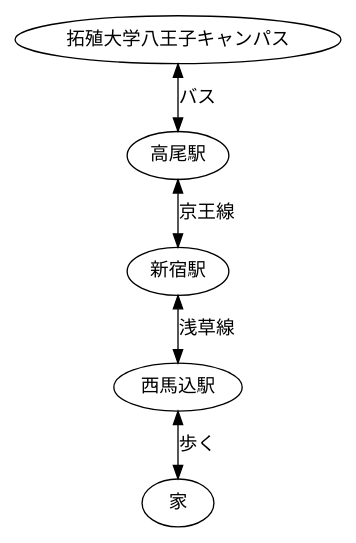
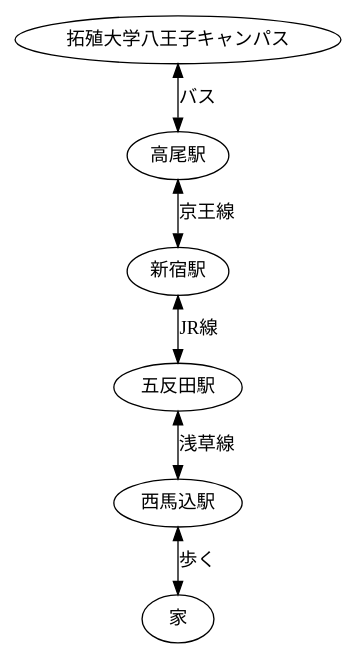
Before and after one commit to DCS-1-301-02-2025/cl-group-b03: the diagram in route01.md, drawn with Graphviz.

Commit message:
Kaung Myat Kyawの通学経路

````diff
--- a/route01.md
+++ b/route01.md
@@ -5,10 +5,11 @@
 ```graphviz
 digraph {
     edge [dir=both]
     拓殖大学八王子キャンパス -> 高尾駅 [label=バス]
     高尾駅 -> 新宿駅 [label=京王線]
-    新宿駅 -> 西馬込駅 [label=浅草線]
+    新宿駅 -> 五反田駅 [label=JR線]
+    五反田駅 -> 西馬込駅 [label=浅草線]
     西馬込駅 -> 家 [label=歩く]
 
 }
 ```
````
